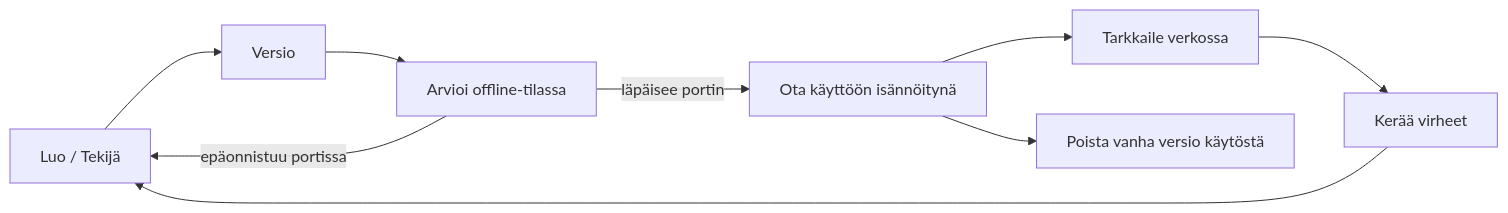
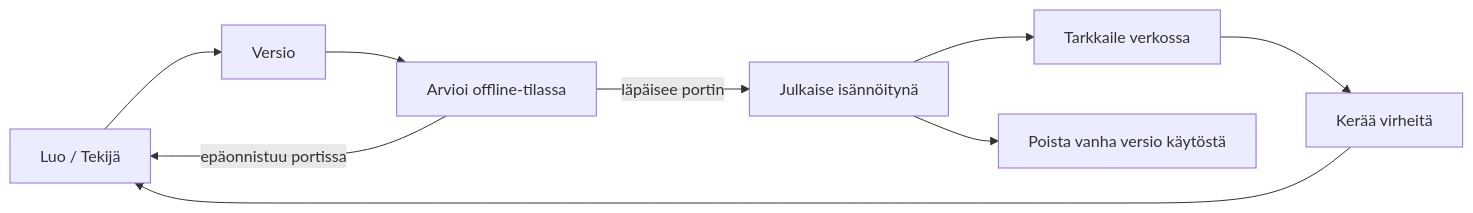
One commit to microsoft/ai-agents-for-beginners changed the second of 4 diagrams in translations/fi/16-deploying-scalable-agents/README.md. Above: the diagram before and after it, drawn with Mermaid. The commit also changed other lines of this file and 47 other files, not shown here.

````diff
--- a/translations/fi/16-deploying-scalable-agents/README.md
+++ b/translations/fi/16-deploying-scalable-agents/README.md
@@ -108,11 +108,11 @@
 ```mermaid
 flowchart LR
     Create[Luo / Tekijä] --> Version[Versio]
     Version --> Evaluate[Arvioi offline-tilassa]
-    Evaluate -->|läpäisee portin| Deploy[Ota käyttöön isännöitynä]
+    Evaluate -->|läpäisee portin| Deploy[Julkaise isännöitynä]
     Evaluate -->|epäonnistuu portissa| Create
     Deploy --> Observe[Tarkkaile verkossa]
-    Observe --> Improve[Kerää virheet]
+    Observe --> Improve[Kerää virheitä]
     Improve --> Create
     Deploy --> Retire[Poista vanha versio käytöstä]
 ```
````
